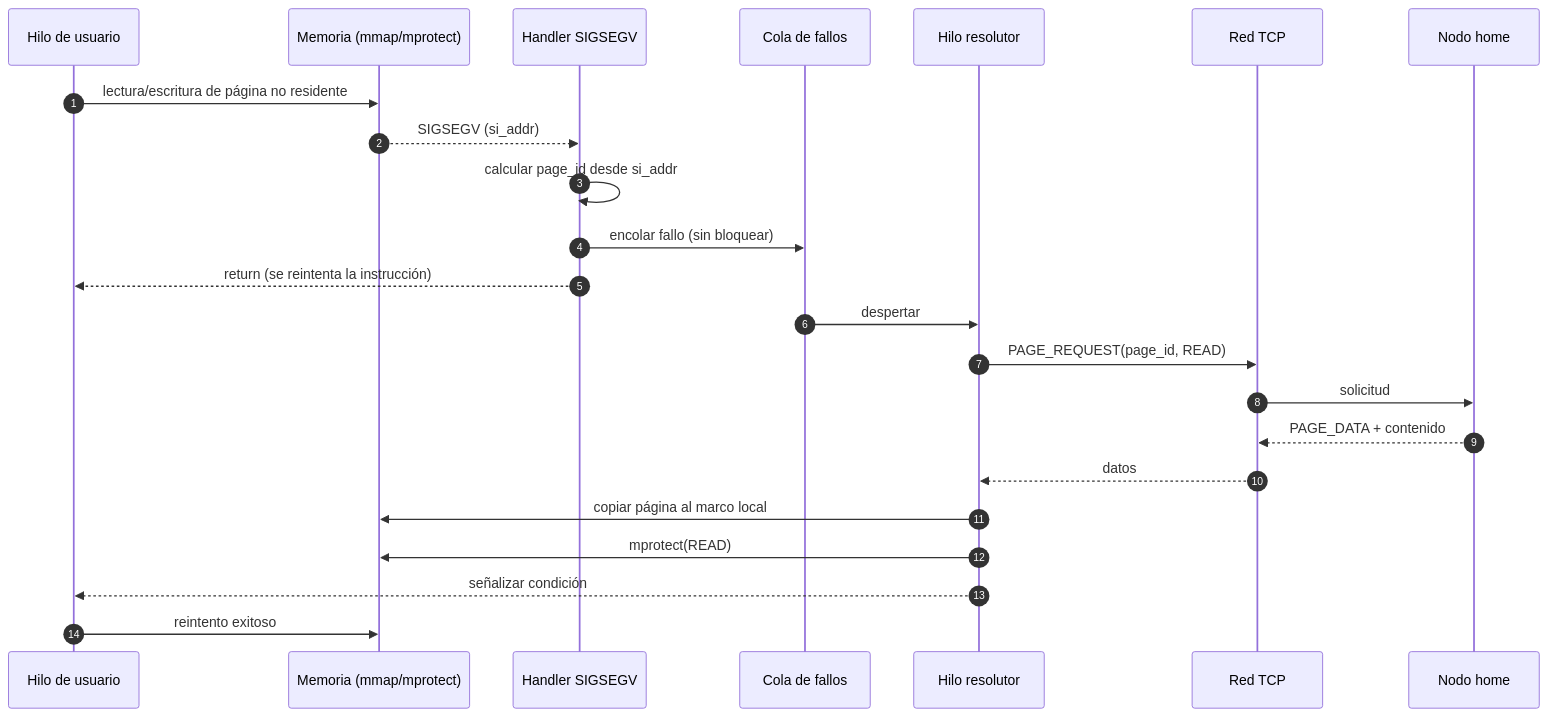
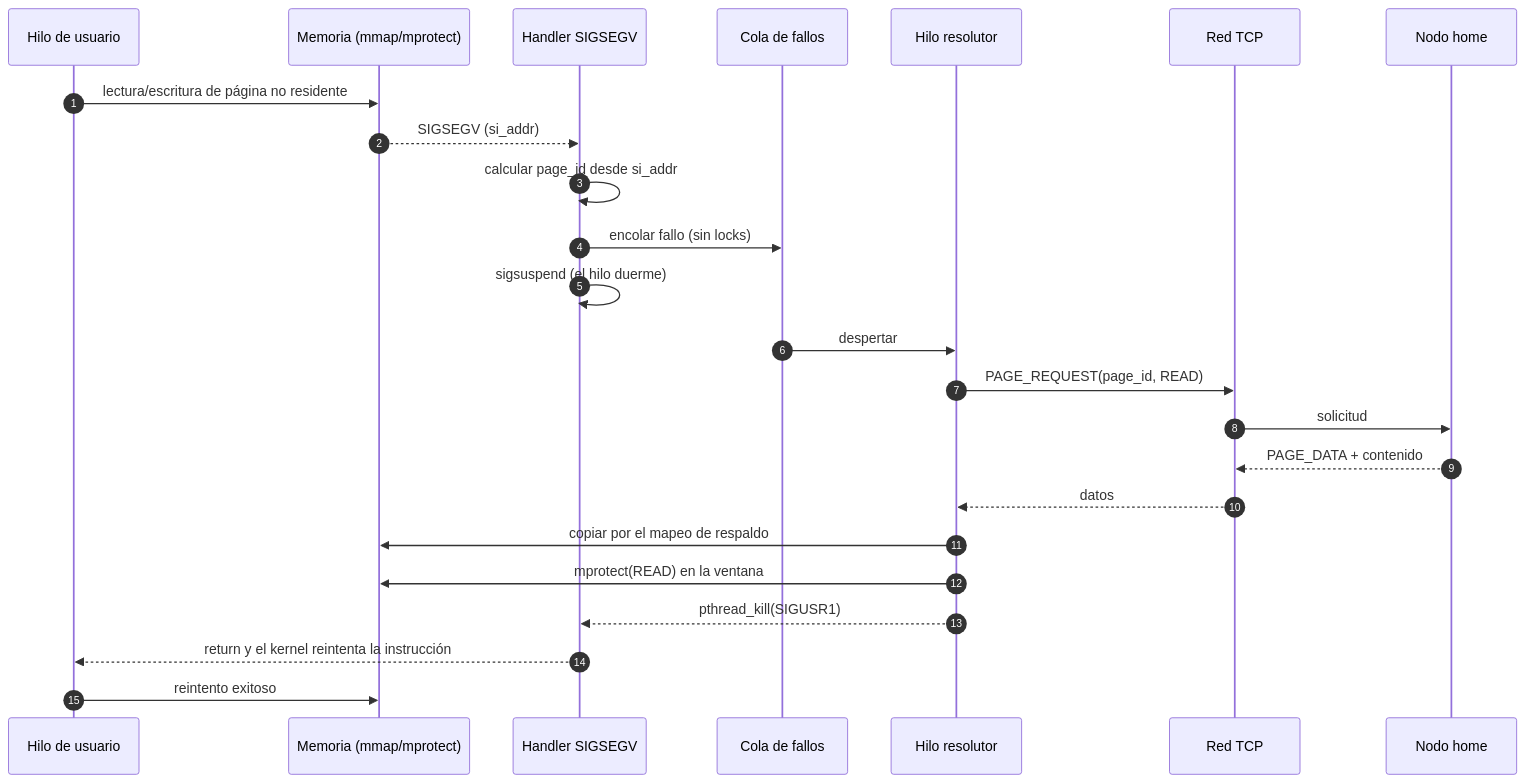
Before and after one commit to TSebas12/ProyectoSO-DSM-SistemaDeMemoriaCompartidaDistribuida: the third of 4 diagrams in Entregable_2/02_Entregable_2_Prototipo_1.md, drawn with Mermaid. The commit also changed other lines of this file and 13 other files, not shown here.

````diff
--- a/Entregable_2/02_Entregable_2_Prototipo_1.md
+++ b/Entregable_2/02_Entregable_2_Prototipo_1.md
@@ -218,26 +223,27 @@
 ```mermaid
 sequenceDiagram
     autonumber
     participant T as Hilo de usuario
     participant M as Memoria (mmap/mprotect)
     participant S as Handler SIGSEGV
     participant Q as Cola de fallos
     participant R as Hilo resolutor
     participant N as Red TCP
     participant H as Nodo home
 
     T->>M: lectura/escritura de página no residente
     M-->>S: SIGSEGV (si_addr)
     S->>S: calcular page_id desde si_addr
-    S->>Q: encolar fallo (sin bloquear)
-    S-->>T: return (se reintenta la instrucción)
+    S->>Q: encolar fallo (sin locks)
+    S->>S: sigsuspend (el hilo duerme)
     Q->>R: despertar
     R->>N: PAGE_REQUEST(page_id, READ)
     N->>H: solicitud
     H-->>N: PAGE_DATA + contenido
     N-->>R: datos
-    R->>M: copiar página al marco local
-    R->>M: mprotect(READ)
-    R-->>T: señalizar condición
+    R->>M: copiar por el mapeo de respaldo
+    R->>M: mprotect(READ) en la ventana
+    R-->>S: pthread_kill(SIGUSR1)
+    S-->>T: return y el kernel reintenta la instrucción
     T->>M: reintento exitoso
 ```
````
